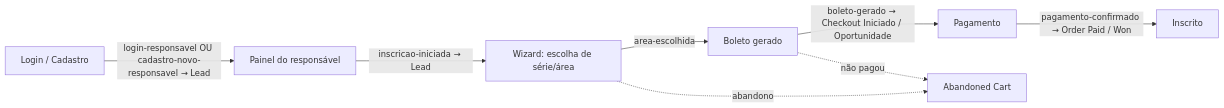
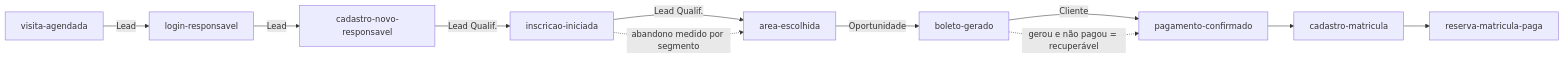
The second of 2 diagrams in docs/integracao_rd_station.md (DI-CSA/admission-enrollment), drawn with Mermaid before and after one commit. The commit also changed other lines of this file and 6 other files, not shown here.

````diff
--- a/docs/integracao_rd_station.md
+++ b/docs/integracao_rd_station.md
@@ -126,10 +193,13 @@
 ```mermaid
 flowchart LR
-    A[Login / Cadastro] -->|login-responsavel OU cadastro-novo-responsavel → Lead| B[Painel do responsável]
-    B -->|inscricao-iniciada → Lead| C[Wizard: escolha de série/área]
-    C -->|area-escolhida| D[Boleto gerado]
-    D -->|boleto-gerado → Checkout Iniciado / Oportunidade| E[Pagamento]
-    E -->|pagamento-confirmado → Order Paid / Won| F[Inscrito]
-    C -.->|abandono| G[Abandoned Cart]
-    D -.->|não pagou| G
+    V[visita-agendada] -->|Lead| L[login-responsavel]
+    L -->|Lead| C[cadastro-novo-responsavel]
+    C -->|Lead Qualif.| INI[inscricao-iniciada]
+    INI -->|Lead Qualif.| AE[area-escolhida]
+    AE -->|Oportunidade| B[boleto-gerado]
+    B -->|Cliente| P[pagamento-confirmado]
+    P --> CM[cadastro-matricula]
+    CM --> RM[reserva-matricula-paga]
+    INI -.->|abandono medido por segmento| AE
+    B -.->|gerou e não pagou = recuperável| P
 ```
````
